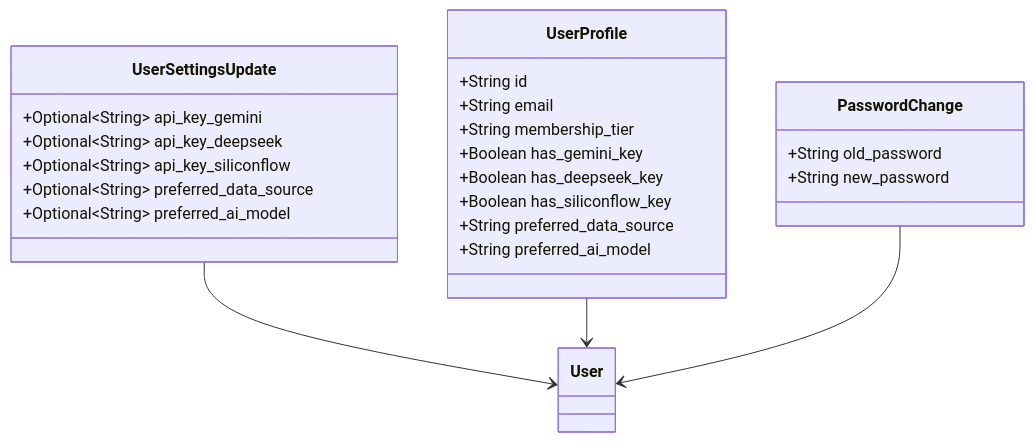
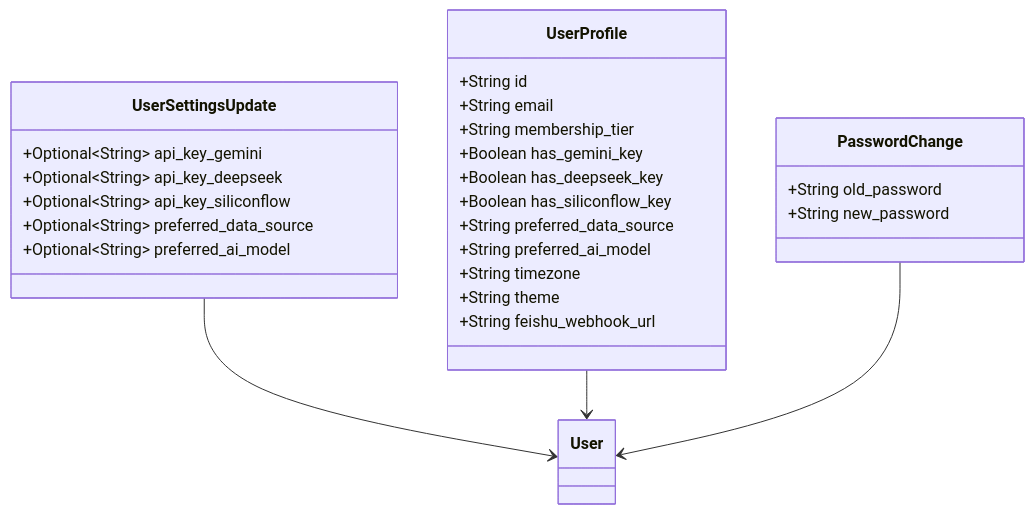
The eighth of 14 diagrams in .qoder/repowiki/zh/content/数据库设计/数据库模式增强.md (breeze-lyf/ai-stock-advisor), drawn with Mermaid before and after one commit. The commit also changed other lines of this file and 43 other files, not shown here.

````diff
--- a/.qoder/repowiki/zh/content/数据库设计/数据库模式增强.md
+++ b/.qoder/repowiki/zh/content/数据库设计/数据库模式增强.md
@@ -375,27 +439,30 @@
 ```mermaid
 classDiagram
 class UserSettingsUpdate {
 +Optional~String~ api_key_gemini
 +Optional~String~ api_key_deepseek
 +Optional~String~ api_key_siliconflow
 +Optional~String~ preferred_data_source
 +Optional~String~ preferred_ai_model
 }
 class UserProfile {
 +String id
 +String email
 +String membership_tier
 +Boolean has_gemini_key
 +Boolean has_deepseek_key
 +Boolean has_siliconflow_key
 +String preferred_data_source
 +String preferred_ai_model
++String timezone
++String theme
++String feishu_webhook_url
 }
 class PasswordChange {
 +String old_password
 +String new_password
 }
 UserSettingsUpdate --> User
 UserProfile --> User
 PasswordChange --> User
 ```
````
